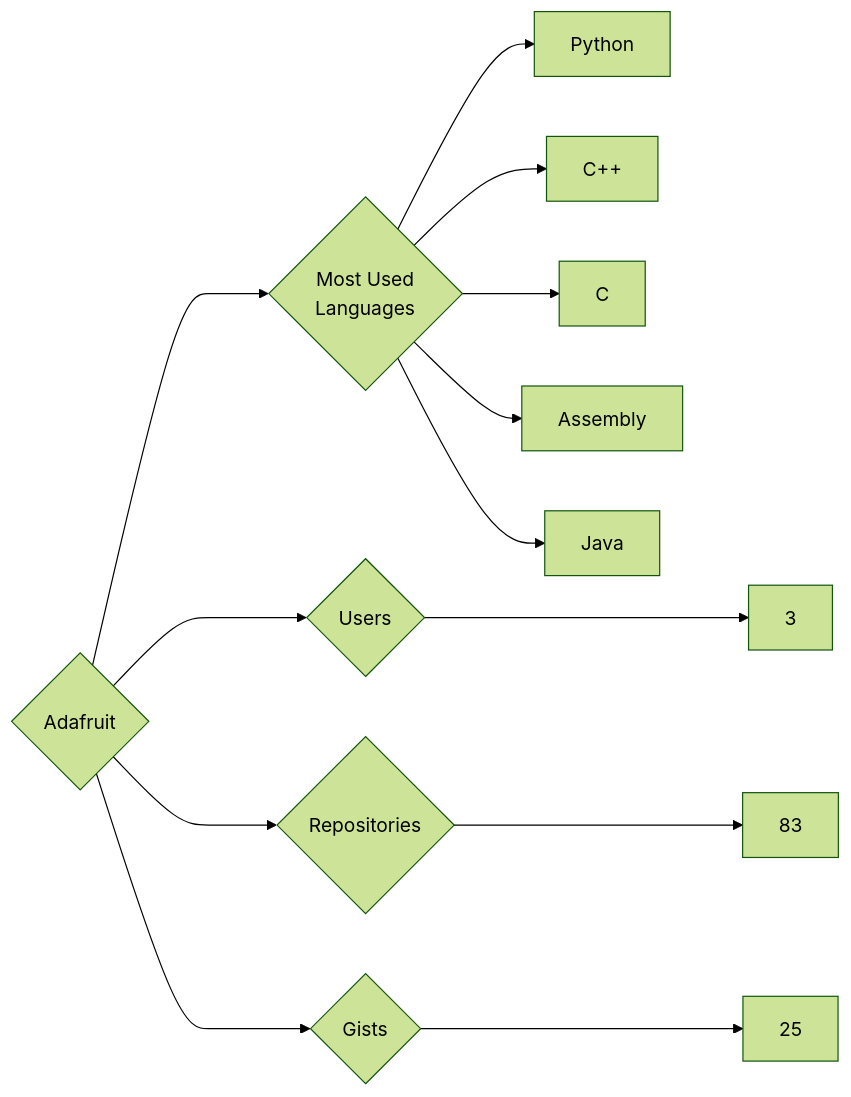
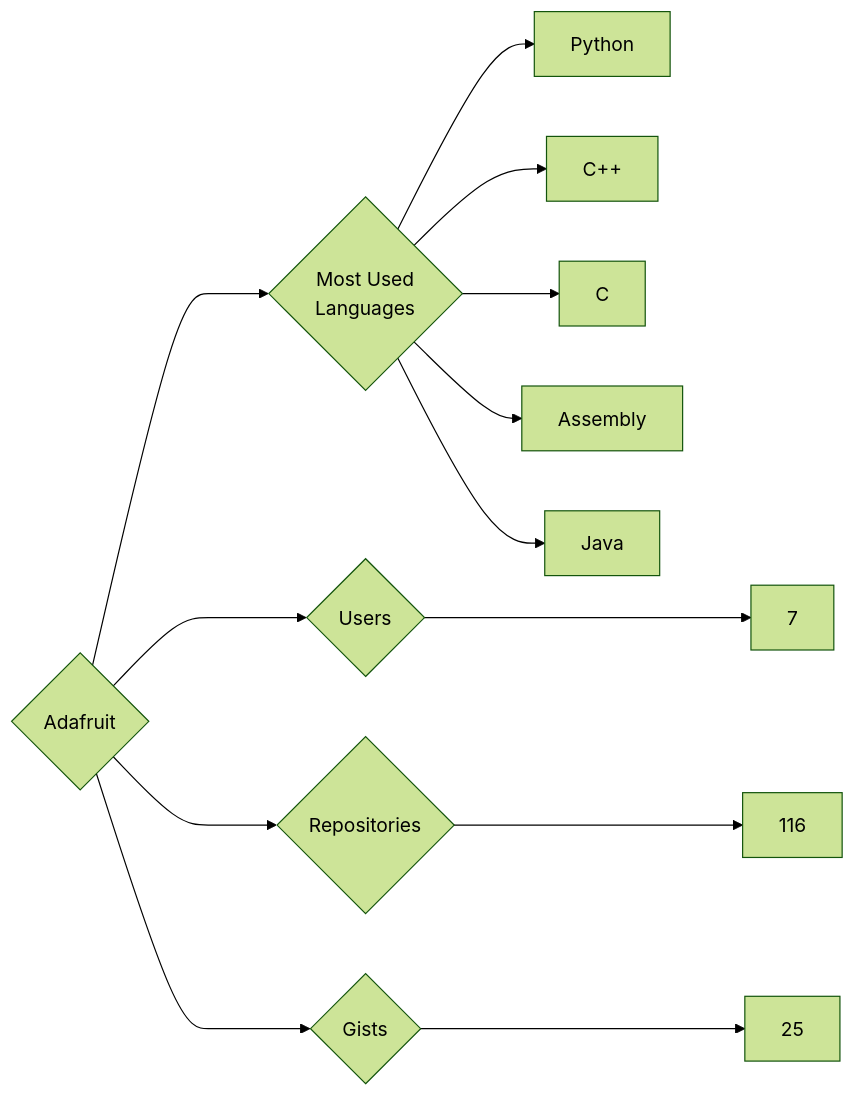
One commit to trickest/insiders changed the diagram in targets/Adafruit/README.md. Above: the diagram before and after it, drawn with Mermaid (forest theme). The commit also changed 938 other files, not shown here.

````diff
--- a/targets/Adafruit/README.md
+++ b/targets/Adafruit/README.md
@@ -3,13 +3,13 @@
 ```mermaid
 graph LR
 COMPANY_NAME{Adafruit}
-COMPANY_NAME ---> U{Users} ---> UN[3]
-COMPANY_NAME ---> R{Repositories} ---> RN[83]
+COMPANY_NAME ---> U{Users} ---> UN[7]
+COMPANY_NAME ---> R{Repositories} ---> RN[116]
 COMPANY_NAME ---> G{Gists} ---> GN[25]
 COMPANY_NAME ---> ML{Most Used<br>Languages}
 ML --> Python[Python]
 ML --> C++[C++]
 ML --> C[C]
 ML --> Assembly[Assembly]
 ML --> Java[Java]
 ```
````
